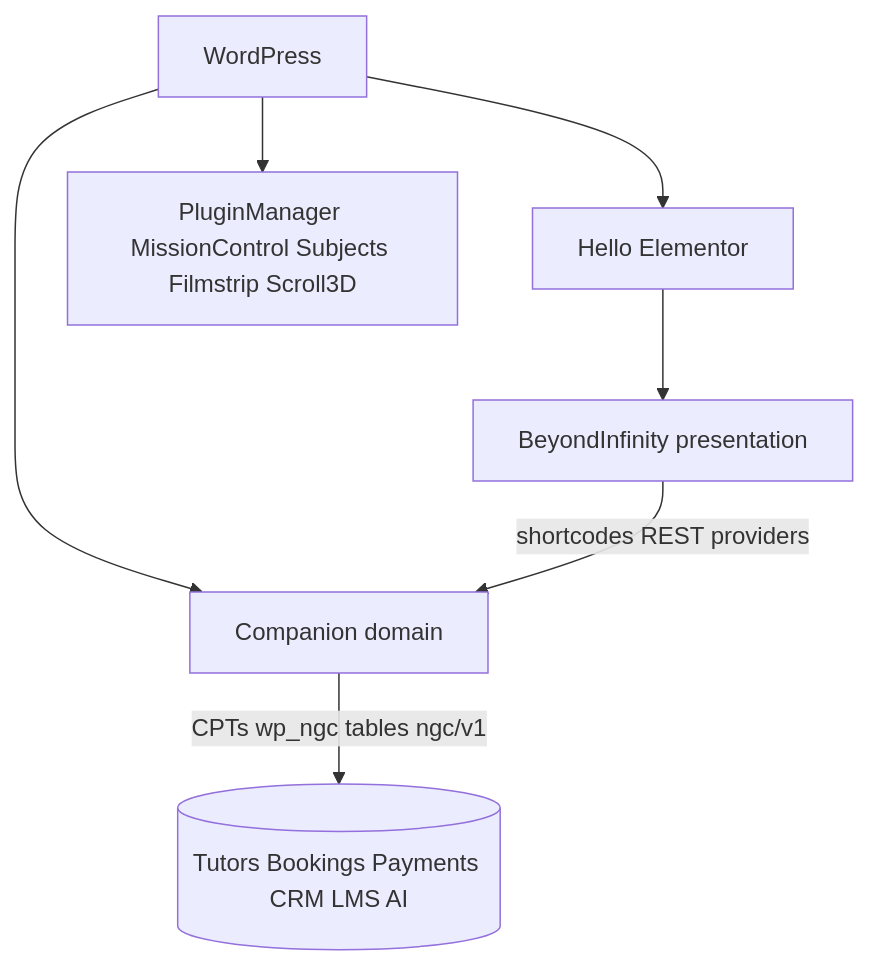
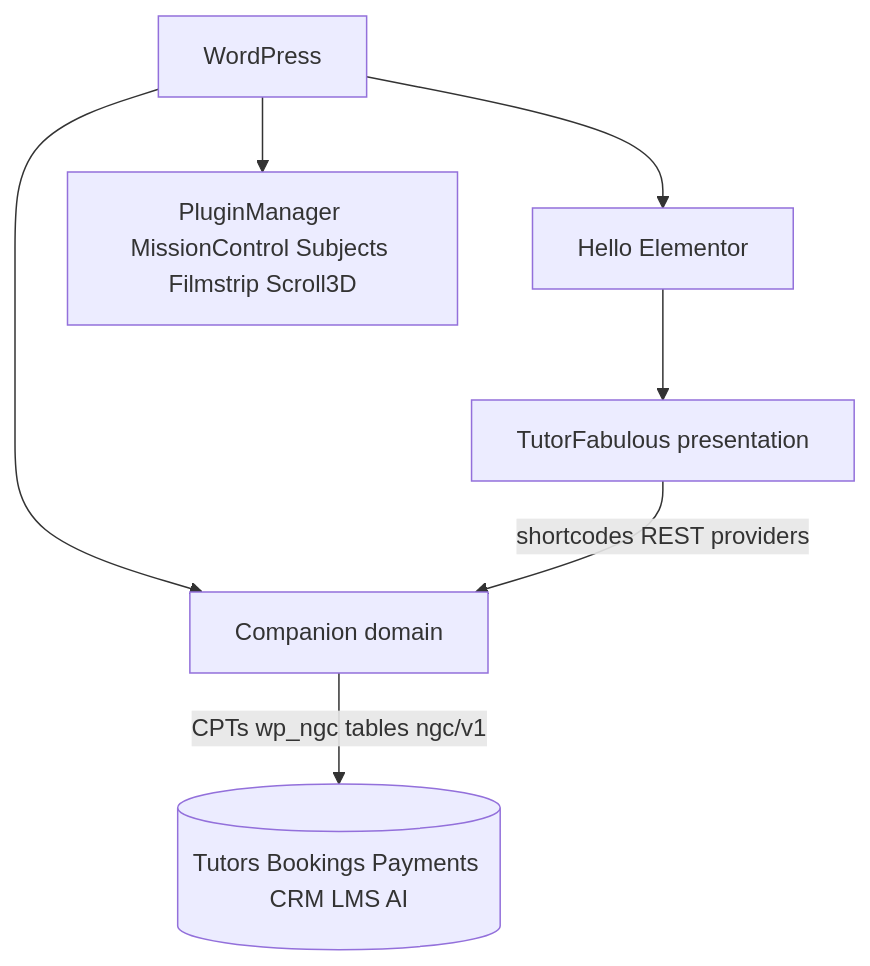
One commit to MarvelousME/newuinextgen changed the diagram in PRODUCTION/03-ARCHITECTURE/SYSTEM-ARCHITECTURE.md. Above: the diagram before and after it, drawn with Mermaid. The commit also changed other lines of this file and 12 other files, not shown here.

Commit message:
Align docs SoT to TutorFabulous and correct session commerce gap status.

````diff
--- a/PRODUCTION/03-ARCHITECTURE/SYSTEM-ARCHITECTURE.md
+++ b/PRODUCTION/03-ARCHITECTURE/SYSTEM-ARCHITECTURE.md
@@ -5,13 +5,13 @@
 ```mermaid
 flowchart TB
   WP[WordPress]
   Hello[Hello Elementor]
-  Theme[BeyondInfinity presentation]
+  Theme[TutorFabulous presentation]
   Comp[Companion domain]
   Support[PluginManager MissionControl Subjects Filmstrip Scroll3D]
   WP --> Hello --> Theme
   WP --> Comp
   WP --> Support
   Theme -->|"shortcodes REST providers"| Comp
   Comp -->|"CPTs wp_ngc tables ngc/v1"| Domain[(Tutors Bookings Payments CRM LMS AI)]
 ```
````
